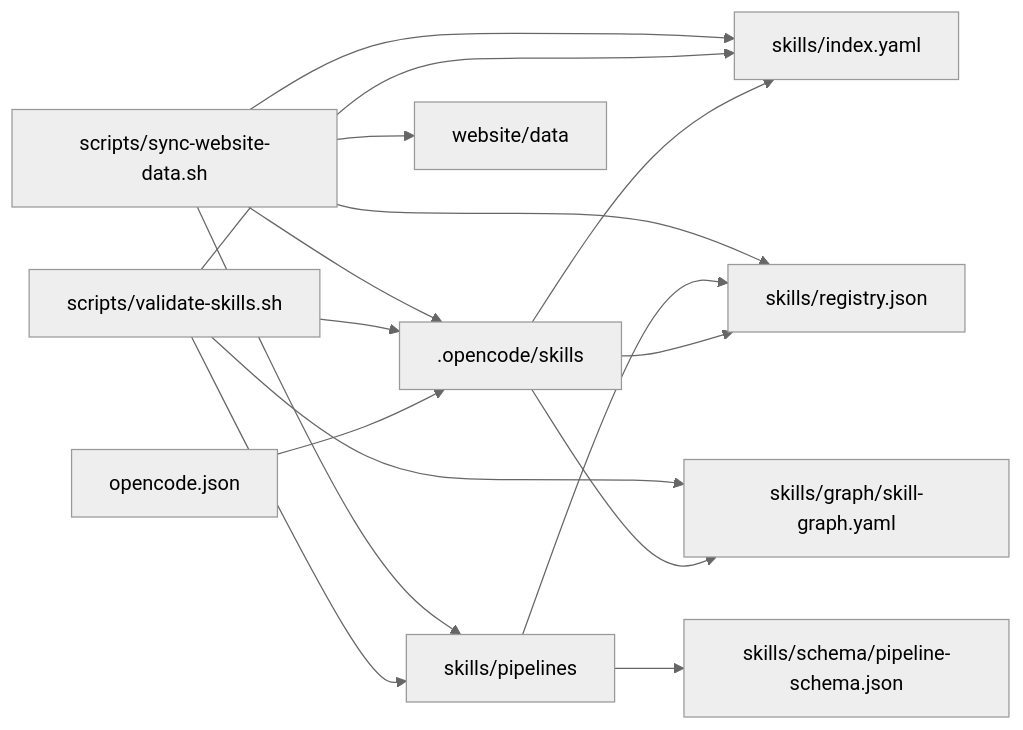
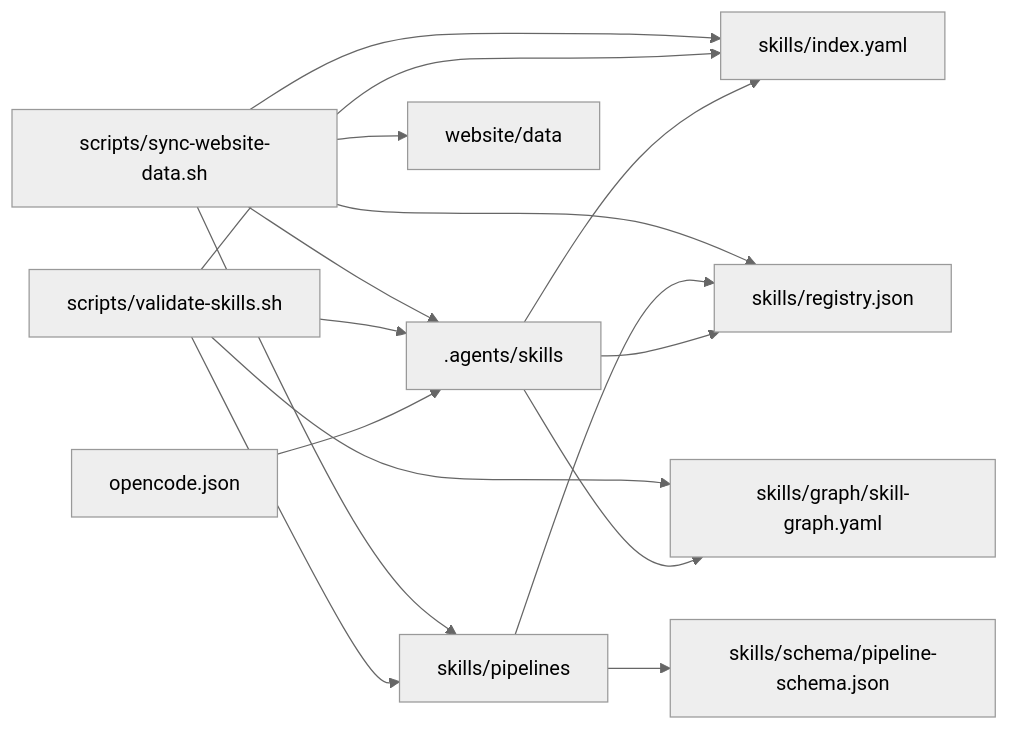
The third of 3 diagrams in PROJECT_CONTEXT.md (Albadry-Esmat/AI-Workflow), drawn with Mermaid (neutral theme) before and after one commit. The commit also changed other lines of this file and 470 other files, not shown here.

````diff
--- a/PROJECT_CONTEXT.md
+++ b/PROJECT_CONTEXT.md
@@ -119,18 +119,18 @@
 ```mermaid
 flowchart LR
-  K[.opencode/skills] --> I[skills/index.yaml]
+  K[.agents/skills] --> I[skills/index.yaml]
   K --> R[skills/registry.json]
   K --> G[skills/graph/skill-graph.yaml]
   P[skills/pipelines] --> R
   P --> X[skills/schema/pipeline-schema.json]
   O[opencode.json] --> K
   V[scripts/validate-skills.sh] --> I
   V --> K
   V --> P
   V --> G
   W[scripts/sync-website-data.sh] --> K
   W --> I
   W --> R
   W --> P
   W --> WD[website/data]
 ```
````
